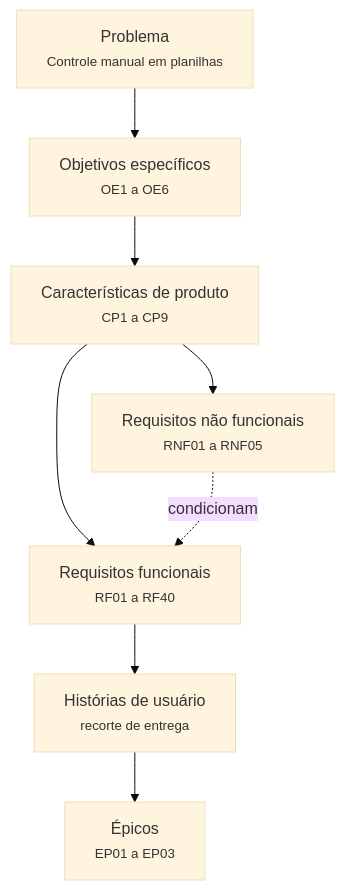
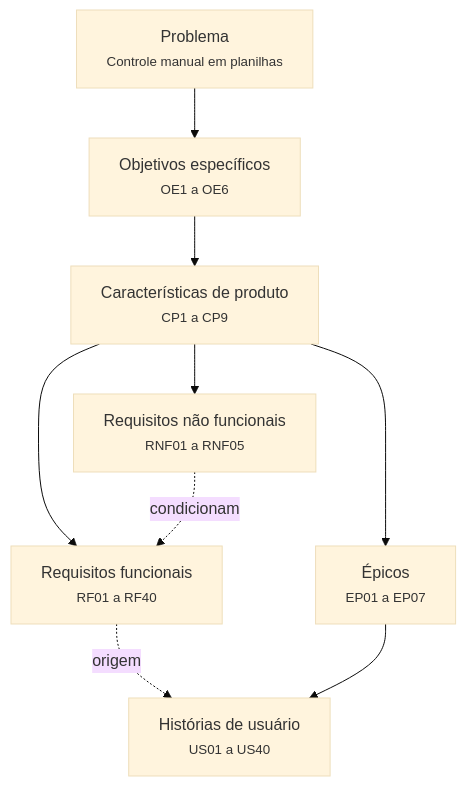
One commit to mdsreq-fga-unb/REQ-202562-T02-TSI-AutoPecas changed the diagram in docs/visao-produto/rastreabilidade.md. Above: the diagram before and after it, drawn with Mermaid (base theme). The commit also changed other lines of this file and 23 other files, not shown here.

````diff
--- a/docs/visao-produto/rastreabilidade.md
+++ b/docs/visao-produto/rastreabilidade.md
@@ -14,10 +13,11 @@
 ```mermaid
 flowchart TD
     P["Problema<br/><small>Controle manual em planilhas</small>"] --> OE["Objetivos específicos<br/><small>OE1 a OE6</small>"]
     OE --> CP["Características de produto<br/><small>CP1 a CP9</small>"]
+    CP --> EP["Épicos<br/><small>EP01 a EP07</small>"]
     CP --> RF["Requisitos funcionais<br/><small>RF01 a RF40</small>"]
     CP --> RNF["Requisitos não funcionais<br/><small>RNF01 a RNF05</small>"]
     RNF -. condicionam .-> RF
-    RF --> US["Histórias de usuário<br/><small>recorte de entrega</small>"]
-    US --> EP["Épicos<br/><small>EP01 a EP03</small>"]
+    RF -. origem .-> US["Histórias de usuário<br/><small>US01 a US40</small>"]
+    EP --> US
 ```
````
